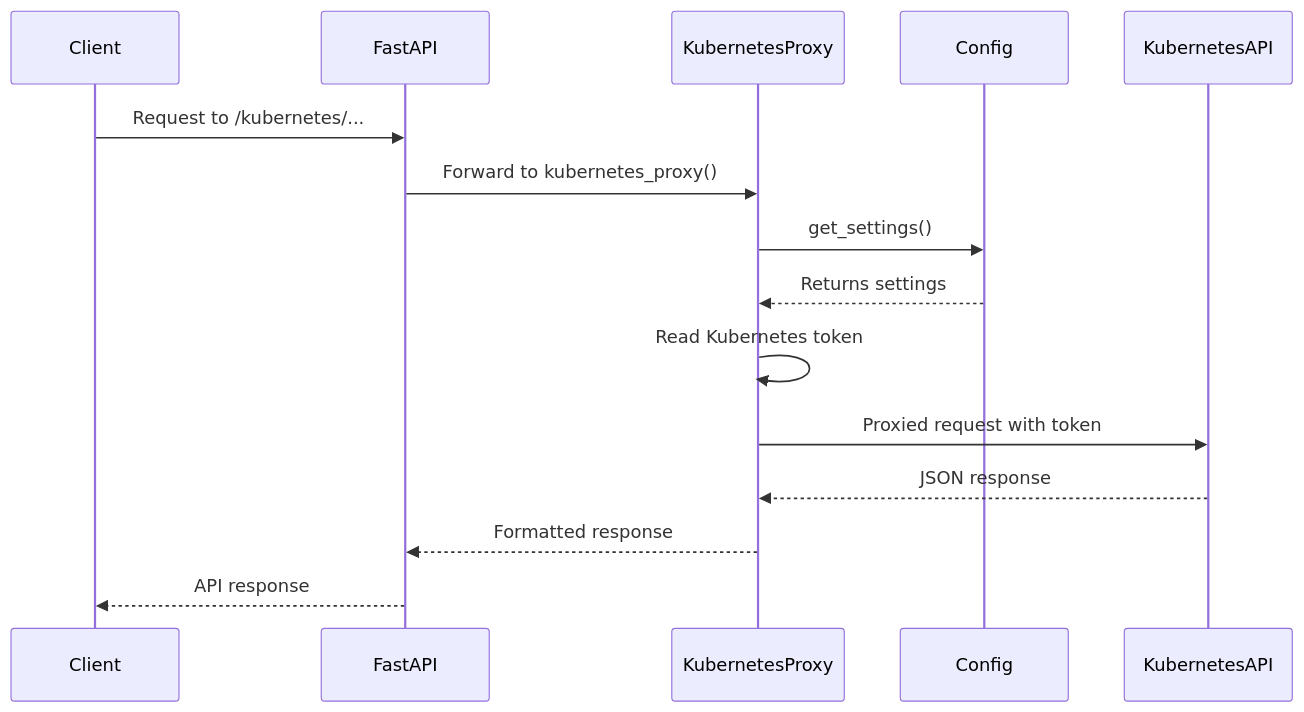
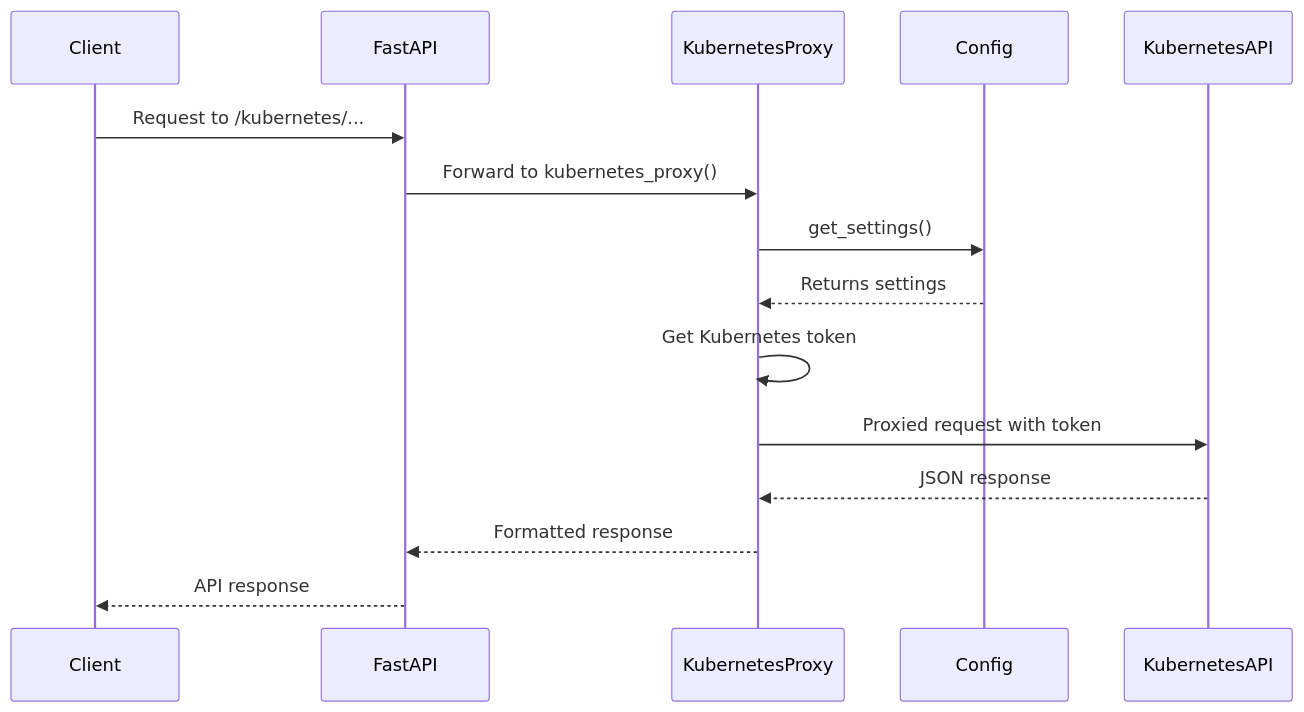
Before and after one commit to lloydchang/tvp-k8s: the diagram in fastapi/mermaid/kubernetes-proxy-sequence.mermaid, drawn with Mermaid.

```diff
--- a/fastapi/mermaid/kubernetes-proxy-sequence.mermaid
+++ b/fastapi/mermaid/kubernetes-proxy-sequence.mermaid
@@ -1,17 +1,17 @@
 sequenceDiagram
     participant Client
     participant FastAPI
     participant KubernetesProxy
     participant Config
     participant KubernetesAPI
     
     Client->>FastAPI: Request to /kubernetes/...
     FastAPI->>KubernetesProxy: Forward to kubernetes_proxy()
     KubernetesProxy->>Config: get_settings()
     Config-->>KubernetesProxy: Returns settings
     
-    KubernetesProxy->>KubernetesProxy: Read Kubernetes token
+    KubernetesProxy->>KubernetesProxy: Get Kubernetes token
     KubernetesProxy->>KubernetesAPI: Proxied request with token
     KubernetesAPI-->>KubernetesProxy: JSON response
     KubernetesProxy-->>FastAPI: Formatted response
     FastAPI-->>Client: API response
```
